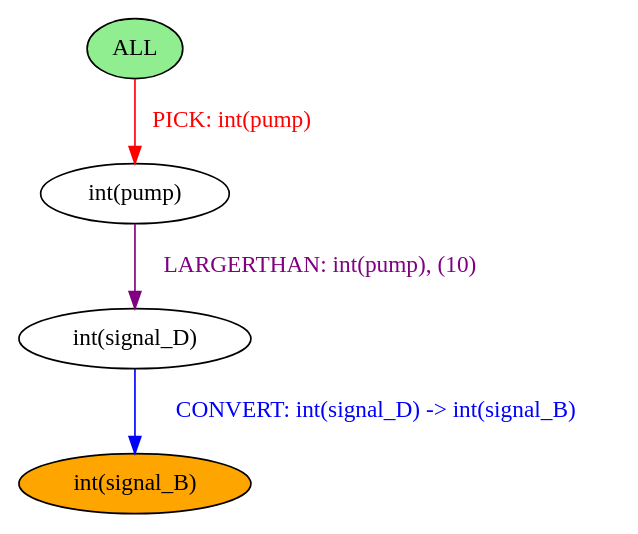
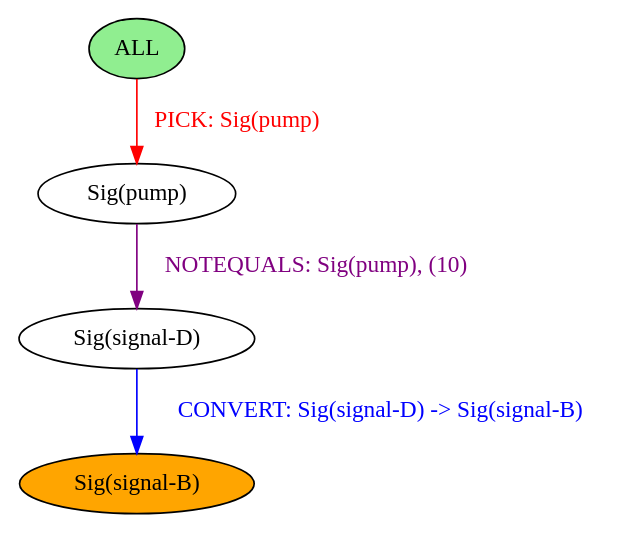
The diagram in chef/example_outputs/booleans.dot (BalderHolst/chef), drawn with Graphviz before and after one commit. The commit also changed other lines of this file and 15 other files, not shown here.

```diff
--- a/chef/example_outputs/booleans.dot
+++ b/chef/example_outputs/booleans.dot
@@ -1,10 +1,10 @@
 strict digraph {
 	nodesep=1
-	7	[style=filled fillcolor=orange label="int(signal_B)"]
-	6	[style=filled fillcolor=white label="int(signal_D)"]
+	7	[style=filled fillcolor=orange label="Sig(signal-B)"]
+	6	[style=filled fillcolor=white label="Sig(signal-D)"]
 	0	[style=filled fillcolor=lightgreen label="ALL"]
-	3	[style=filled fillcolor=white label="int(pump)"]
-	6 -> 7	[label="CONVERT: int(signal_D) -> int(signal_B)" color=blue fontcolor=blue]
-	0 -> 3	[label="PICK: int(pump)" color=red fontcolor=red]
-	3 -> 6	[label="LARGERTHAN: int(pump), (10)" color=purple fontcolor=purple]
+	3	[style=filled fillcolor=white label="Sig(pump)"]
+	6 -> 7	[label="CONVERT: Sig(signal-D) -> Sig(signal-B)" color=blue fontcolor=blue]
+	0 -> 3	[label="PICK: Sig(pump)" color=red fontcolor=red]
+	3 -> 6	[label="NOTEQUALS: Sig(pump), (10)" color=purple fontcolor=purple]
 }
```
